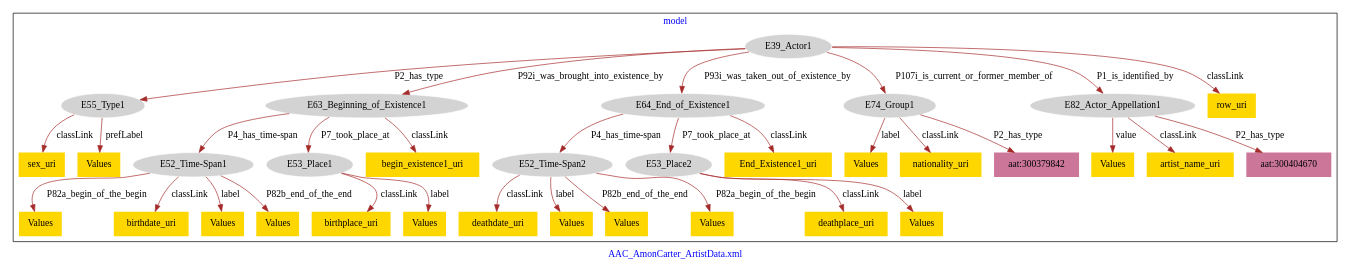
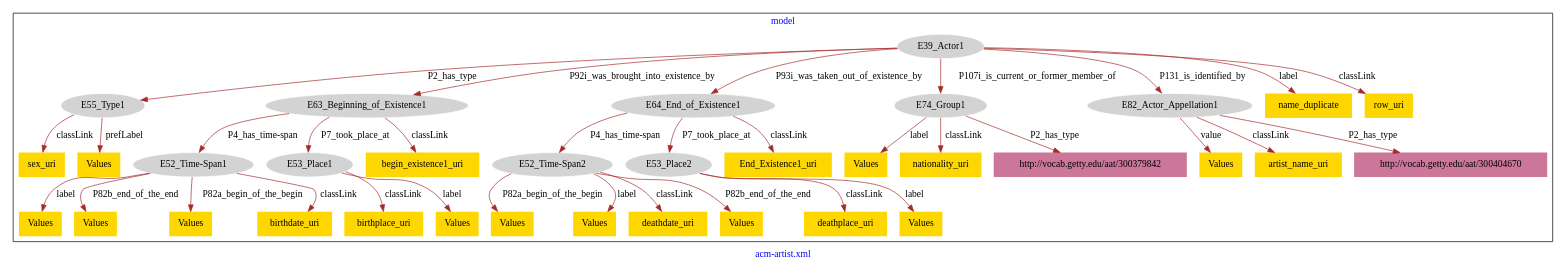
The diagram in acm-artist/acm-artist-model.dot (american-art/acm), drawn with Graphviz before and after one commit.

Commit message:
Update file acm-artist-model.dot

```diff
--- a/acm-artist/acm-artist-model.dot
+++ b/acm-artist/acm-artist-model.dot
@@ -1,73 +1,75 @@
 digraph n0 {
 fontcolor="blue"
 remincross="true"
-label="AAC_AmonCarter_ArtistData.xml"
+label="acm-artist.xml"
 subgraph cluster {
 label="model"
 n2[style="filled",color="white",fillcolor="lightgray",label="E39_Actor1"];
 n3[style="filled",color="white",fillcolor="lightgray",label="E55_Type1"];
 n4[style="filled",color="white",fillcolor="lightgray",label="E63_Beginning_of_Existence1"];
 n5[style="filled",color="white",fillcolor="lightgray",label="E64_End_of_Existence1"];
 n6[style="filled",color="white",fillcolor="lightgray",label="E74_Group1"];
 n7[style="filled",color="white",fillcolor="lightgray",label="E82_Actor_Appellation1"];
 n8[style="filled",color="white",fillcolor="lightgray",label="E52_Time-Span1"];
 n9[style="filled",color="white",fillcolor="lightgray",label="E53_Place1"];
 n10[style="filled",color="white",fillcolor="lightgray",label="E52_Time-Span2"];
 n11[style="filled",color="white",fillcolor="lightgray",label="E53_Place2"];
-n12[shape="plaintext",style="filled",fillcolor="gold",label="deathdate_uri"];
-n13[shape="plaintext",style="filled",fillcolor="gold",label="deathplace_uri"];
-n14[shape="plaintext",style="filled",fillcolor="gold",label="birthplace_uri"];
-n15[shape="plaintext",style="filled",fillcolor="gold",label="Values"];
-n16[shape="plaintext",style="filled",fillcolor="gold",label="sex_uri"];
-n17[shape="plaintext",style="filled",fillcolor="gold",label="End_Existence1_uri"];
-n18[shape="plaintext",style="filled",fillcolor="gold",label="birthdate_uri"];
+n12[shape="plaintext",style="filled",fillcolor="gold",label="sex_uri"];
+n13[shape="plaintext",style="filled",fillcolor="gold",label="End_Existence1_uri"];
+n14[shape="plaintext",style="filled",fillcolor="gold",label="Values"];
+n15[shape="plaintext",style="filled",fillcolor="gold",label="birthplace_uri"];
+n16[shape="plaintext",style="filled",fillcolor="gold",label="Values"];
+n17[shape="plaintext",style="filled",fillcolor="gold",label="Values"];
+n18[shape="plaintext",style="filled",fillcolor="gold",label="name_duplicate"];
 n19[shape="plaintext",style="filled",fillcolor="gold",label="Values"];
 n20[shape="plaintext",style="filled",fillcolor="gold",label="Values"];
-n21[shape="plaintext",style="filled",fillcolor="gold",label="Values"];
-n22[shape="plaintext",style="filled",fillcolor="gold",label="Values"];
-n23[shape="plaintext",style="filled",fillcolor="gold",label="artist_name_uri"];
-n24[shape="plaintext",style="filled",fillcolor="gold",label="Values"];
-n25[shape="plaintext",style="filled",fillcolor="gold",label="begin_existence1_uri"];
+n21[shape="plaintext",style="filled",fillcolor="gold",label="deathplace_uri"];
+n22[shape="plaintext",style="filled",fillcolor="gold",label="deathdate_uri"];
+n23[shape="plaintext",style="filled",fillcolor="gold",label="Values"];
+n24[shape="plaintext",style="filled",fillcolor="gold",label="artist_name_uri"];
+n25[shape="plaintext",style="filled",fillcolor="gold",label="nationality_uri"];
 n26[shape="plaintext",style="filled",fillcolor="gold",label="Values"];
-n27[shape="plaintext",style="filled",fillcolor="gold",label="row_uri"];
-n28[shape="plaintext",style="filled",fillcolor="gold",label="Values"];
+n27[shape="plaintext",style="filled",fillcolor="gold",label="Values"];
+n28[shape="plaintext",style="filled",fillcolor="gold",label="row_uri"];
 n29[shape="plaintext",style="filled",fillcolor="gold",label="Values"];
-n30[shape="plaintext",style="filled",fillcolor="gold",label="nationality_uri"];
+n30[shape="plaintext",style="filled",fillcolor="gold",label="Values"];
 n31[shape="plaintext",style="filled",fillcolor="gold",label="Values"];
-n32[shape="plaintext",style="filled",fillcolor="gold",label="Values"];
-n33[shape="plaintext",style="filled",fillcolor="#CC7799",label="aat:300379842"];
-n34[shape="plaintext",style="filled",fillcolor="#CC7799",label="aat:300404670"];
+n32[shape="plaintext",style="filled",fillcolor="gold",label="birthdate_uri"];
+n33[shape="plaintext",style="filled",fillcolor="gold",label="begin_existence1_uri"];
+n34[shape="plaintext",style="filled",fillcolor="#CC7799",label="http://vocab.getty.edu/aat/300379842"];
+n35[shape="plaintext",style="filled",fillcolor="#CC7799",label="http://vocab.getty.edu/aat/300404670"];
 }
 n2 -> n3[color="brown",fontcolor="black",label="P2_has_type"]
 n2 -> n4[color="brown",fontcolor="black",label="P92i_was_brought_into_existence_by"]
 n2 -> n5[color="brown",fontcolor="black",label="P93i_was_taken_out_of_existence_by"]
 n2 -> n6[color="brown",fontcolor="black",label="P107i_is_current_or_former_member_of"]
-n2 -> n7[color="brown",fontcolor="black",label="P1_is_identified_by"]
+n2 -> n7[color="brown",fontcolor="black",label="P131_is_identified_by"]
 n4 -> n8[color="brown",fontcolor="black",label="P4_has_time-span"]
 n4 -> n9[color="brown",fontcolor="black",label="P7_took_place_at"]
 n5 -> n10[color="brown",fontcolor="black",label="P4_has_time-span"]
 n5 -> n11[color="brown",fontcolor="black",label="P7_took_place_at"]
-n10 -> n12[color="brown",fontcolor="black",label="classLink"]
-n11 -> n13[color="brown",fontcolor="black",label="classLink"]
-n9 -> n14[color="brown",fontcolor="black",label="classLink"]
-n8 -> n15[color="brown",fontcolor="black",label="P82a_begin_of_the_begin"]
-n3 -> n16[color="brown",fontcolor="black",label="classLink"]
-n5 -> n17[color="brown",fontcolor="black",label="classLink"]
-n8 -> n18[color="brown",fontcolor="black",label="classLink"]
-n7 -> n19[color="brown",fontcolor="black",label="value"]
-n10 -> n20[color="brown",fontcolor="black",label="label"]
-n8 -> n21[color="brown",fontcolor="black",label="label"]
-n11 -> n22[color="brown",fontcolor="black",label="label"]
-n7 -> n23[color="brown",fontcolor="black",label="classLink"]
-n8 -> n24[color="brown",fontcolor="black",label="P82b_end_of_the_end"]
-n4 -> n25[color="brown",fontcolor="black",label="classLink"]
+n3 -> n12[color="brown",fontcolor="black",label="classLink"]
+n5 -> n13[color="brown",fontcolor="black",label="classLink"]
+n10 -> n14[color="brown",fontcolor="black",label="P82a_begin_of_the_begin"]
+n9 -> n15[color="brown",fontcolor="black",label="classLink"]
+n7 -> n16[color="brown",fontcolor="black",label="value"]
+n10 -> n17[color="brown",fontcolor="black",label="label"]
+n2 -> n18[color="brown",fontcolor="black",label="label"]
+n8 -> n19[color="brown",fontcolor="black",label="label"]
+n6 -> n20[color="brown",fontcolor="black",label="label"]
+n11 -> n21[color="brown",fontcolor="black",label="classLink"]
+n10 -> n22[color="brown",fontcolor="black",label="classLink"]
+n10 -> n23[color="brown",fontcolor="black",label="P82b_end_of_the_end"]
+n7 -> n24[color="brown",fontcolor="black",label="classLink"]
+n6 -> n25[color="brown",fontcolor="black",label="classLink"]
 n3 -> n26[color="brown",fontcolor="black",label="prefLabel"]
-n2 -> n27[color="brown",fontcolor="black",label="classLink"]
-n6 -> n28[color="brown",fontcolor="black",label="label"]
-n10 -> n29[color="brown",fontcolor="black",label="P82b_end_of_the_end"]
-n6 -> n30[color="brown",fontcolor="black",label="classLink"]
-n10 -> n31[color="brown",fontcolor="black",label="P82a_begin_of_the_begin"]
-n9 -> n32[color="brown",fontcolor="black",label="label"]
-n6 -> n33[color="brown",fontcolor="black",label="P2_has_type"]
-n7 -> n34[color="brown",fontcolor="black",label="P2_has_type"]
+n8 -> n27[color="brown",fontcolor="black",label="P82b_end_of_the_end"]
+n2 -> n28[color="brown",fontcolor="black",label="classLink"]
+n11 -> n29[color="brown",fontcolor="black",label="label"]
+n8 -> n30[color="brown",fontcolor="black",label="P82a_begin_of_the_begin"]
+n9 -> n31[color="brown",fontcolor="black",label="label"]
+n8 -> n32[color="brown",fontcolor="black",label="classLink"]
+n4 -> n33[color="brown",fontcolor="black",label="classLink"]
+n6 -> n34[color="brown",fontcolor="black",label="P2_has_type"]
+n7 -> n35[color="brown",fontcolor="black",label="P2_has_type"]
 }
```
